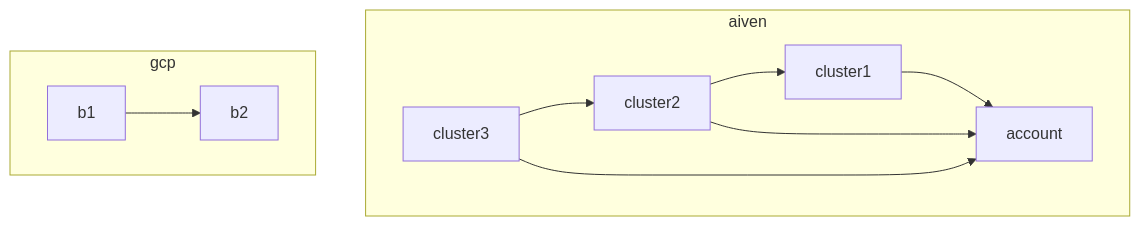
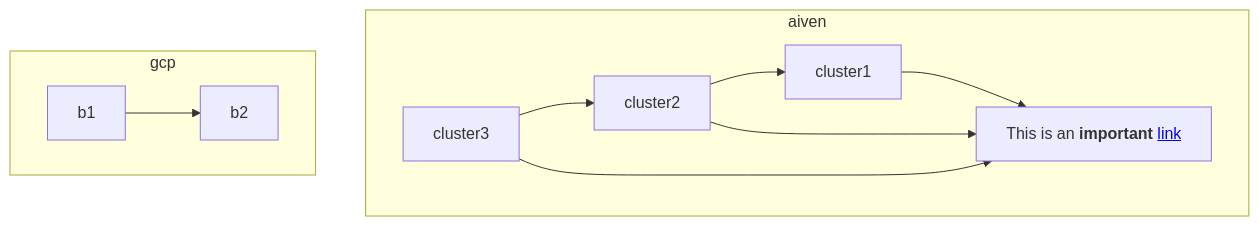
Before and after one commit to nais/handbook: the diagram in docs/technical/aiven.md, drawn with Mermaid.

Commit message:
Add link to diagram

````diff
--- a/docs/technical/aiven.md
+++ b/docs/technical/aiven.md
@@ -9,15 +9,15 @@
 ```mermaid
 flowchart TB
     subgraph aiven
-      cluster1-->account
+      cluster1-->account[This is an <b>important</b> <a href='https://google.com'>link</a>]
       cluster2-->account
       cluster3-->account
 
       cluster2-->cluster1
       cluster3-->cluster2
     end
 
     subgraph gcp
       b1-->b2
     end
 ```
````
